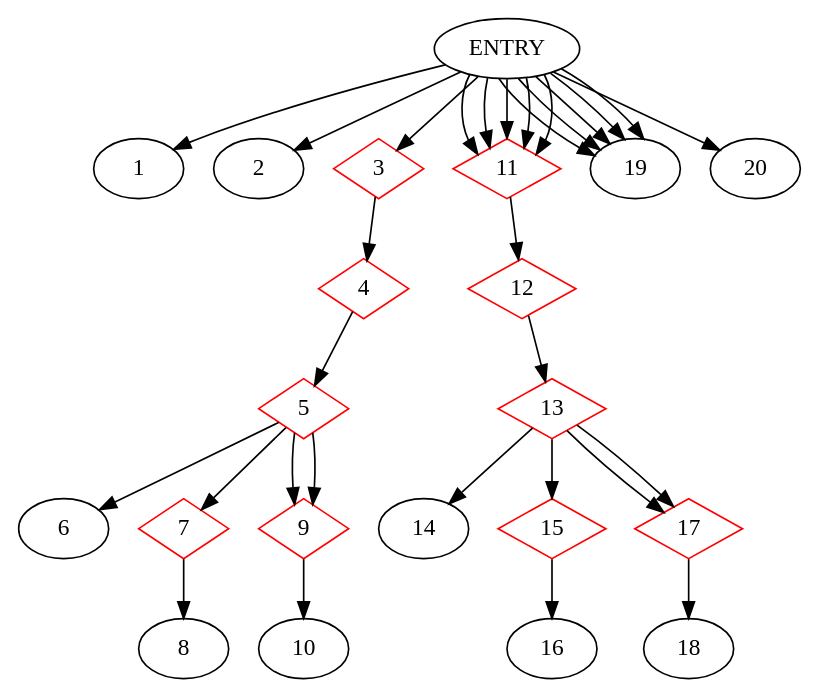
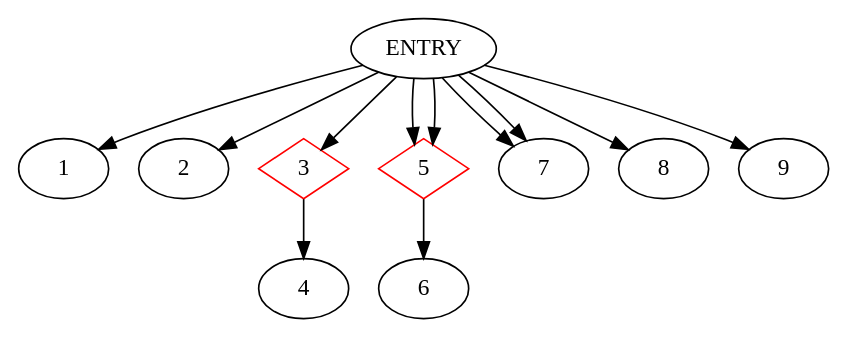
One commit to akshitij/TestgenRepo changed the diagram in Testgen/CDG.dot. Above: the diagram before and after it, drawn with Graphviz. The commit also changed 92 other files, not shown here.

```diff
--- a/Testgen/CDG.dot
+++ b/Testgen/CDG.dot
@@ -1,48 +1,16 @@
 digraph CDG {
 ENTRY -> 1
 ENTRY -> 2
 3 [shape=diamond, color=red]
 ENTRY -> 3
-4 [shape=diamond, color=red]
 3-> 4
-11 [shape=diamond, color=red]
-ENTRY -> 11
 5 [shape=diamond, color=red]
-4-> 5
-11 [shape=diamond, color=red]
-ENTRY -> 11
+ENTRY -> 5
+5 [shape=diamond, color=red]
+ENTRY -> 5
 5-> 6
-11 [shape=diamond, color=red]
-ENTRY -> 11
-7 [shape=diamond, color=red]
-5-> 7
-7-> 8
-9 [shape=diamond, color=red]
-5-> 9
-9 [shape=diamond, color=red]
-5-> 9
-9-> 10
-11 [shape=diamond, color=red]
-ENTRY -> 11
-11 [shape=diamond, color=red]
-ENTRY -> 11
-12 [shape=diamond, color=red]
-11-> 12
-ENTRY -> 19
-13 [shape=diamond, color=red]
-12-> 13
-ENTRY -> 19
-13-> 14
-ENTRY -> 19
-15 [shape=diamond, color=red]
-13-> 15
-15-> 16
-17 [shape=diamond, color=red]
-13-> 17
-17 [shape=diamond, color=red]
-13-> 17
-17-> 18
-ENTRY -> 19
-ENTRY -> 19
-ENTRY -> 20
+ENTRY -> 7
+ENTRY -> 7
+ENTRY -> 8
+ENTRY -> 9
 }
```
